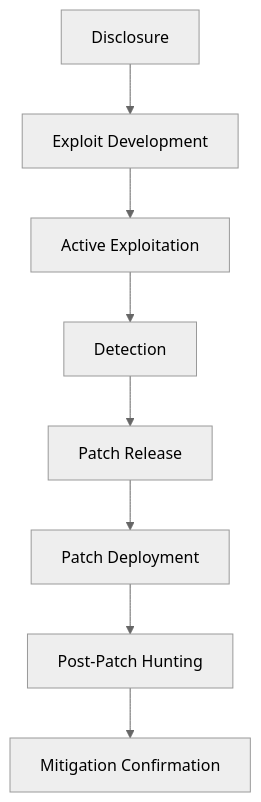
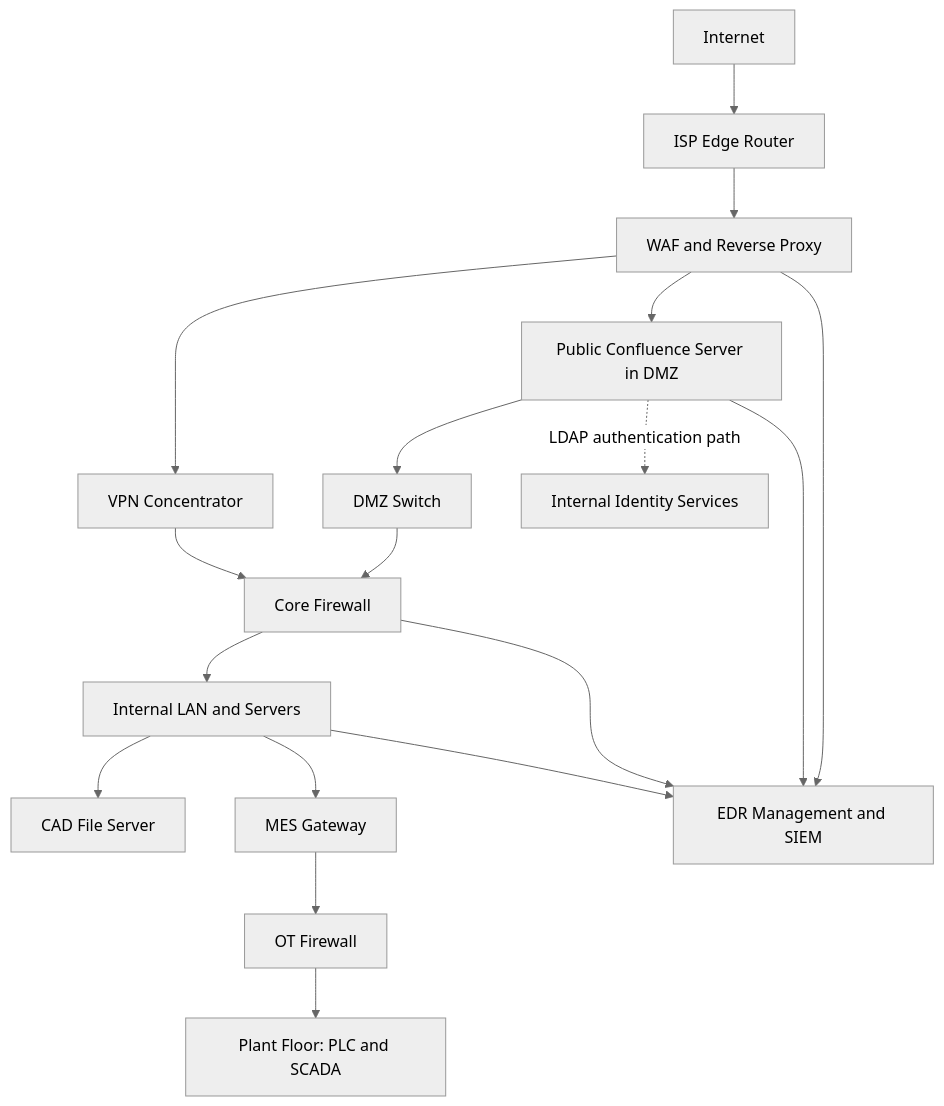
One commit to hiro001-eth/What-I-Learned-Today-on-SOC-GRC- changed the first of 6 diagrams in On 01-11-2026 THE EXPLOIT WINDOW PARADOX From Vulnerability Disclosure to Confirmed Compromise: Why Patching Does Not Prove Security.md. Above: the diagram before and after it, drawn with Mermaid (neutral theme). The commit also changed other lines of this file, not shown here.

Commit message:
Update On 01-11-2026 THE EXPLOIT WINDOW PARADOX From Vulnerability Disclosure to Confirmed Compromise: Why Patching Does Not Prove Security.md

````diff
--- a/On 01-11-2026 THE EXPLOIT WINDOW PARADOX From Vulnerability Disclosure to Confirmed Compromise: Why Patching Does Not Prove Security.md
+++ b/On 01-11-2026 THE EXPLOIT WINDOW PARADOX From Vulnerability Disclosure to Confirmed Compromise: Why Patching Does Not Prove Security.md
@@ -50,10 +251,20 @@
 ```mermaid
 flowchart TD
-    A[Disclosure] --> B[Exploit Development]
-    B --> C[Active Exploitation]
-    C --> D[Detection]
-    D --> E[Patch Release]
-    E --> F[Patch Deployment]
-    F --> G[Post‑Patch Hunting]
-    G --> H[Mitigation Confirmation]
+    A[Internet] --> B[ISP Edge Router]
+    B --> C[WAF and Reverse Proxy]
+    C --> D[VPN Concentrator]
+    C --> E[Public Confluence Server in DMZ]
+    E --> F[DMZ Switch]
+    D --> G[Core Firewall]
+    F --> G
+    G --> H[Internal LAN and Servers]
+    H --> I[CAD File Server]
+    H --> J[MES Gateway]
+    J --> K[OT Firewall]
+    K --> L[Plant Floor: PLC and SCADA]
+    E -. LDAP authentication path .-> M[Internal Identity Services]
+    H --> N[EDR Management and SIEM]
+    E --> N
+    C --> N
+    G --> N
 ```
````
